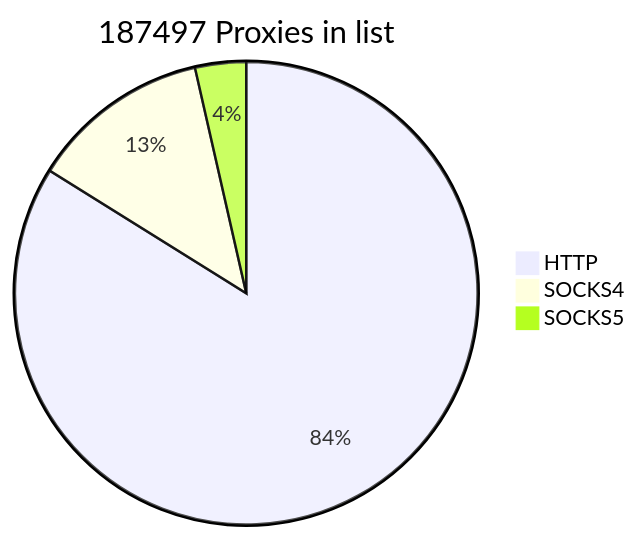
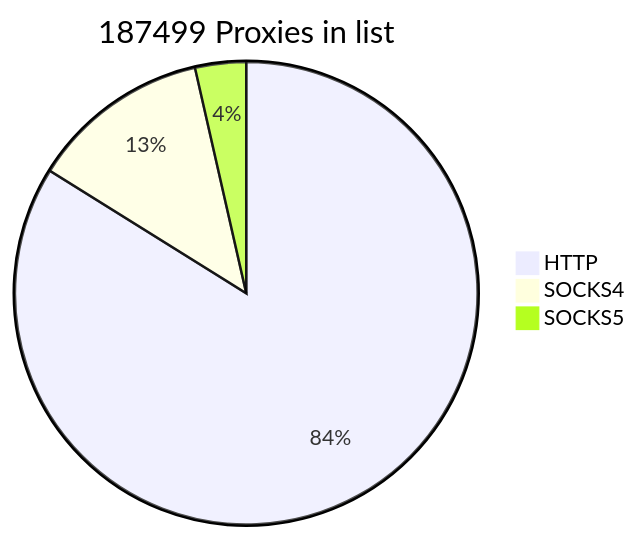
One commit to cutipu/proxylist changed the first of 2 diagrams in README.md. Above: the diagram before and after it, drawn with Mermaid. The commit also changed other lines of this file, not shown here.

````diff
--- a/README.md
+++ b/README.md
@@ -2,7 +2,7 @@
 ```mermaid
-pie title 187497 Proxies in list
-    "HTTP" : 157265
-    "SOCKS4" : 23557
+pie title 187499 Proxies in list
+    "HTTP" : 157266
+    "SOCKS4" : 23558
     "SOCKS5" : 6675
             
 ```
````
